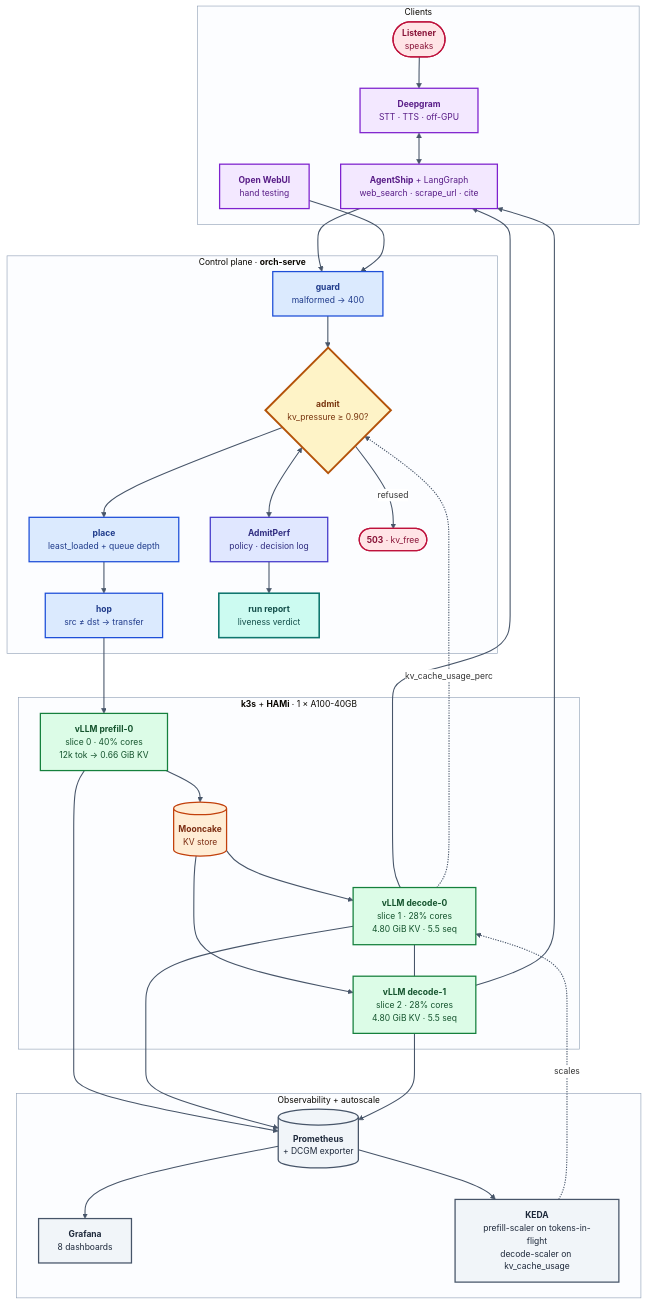
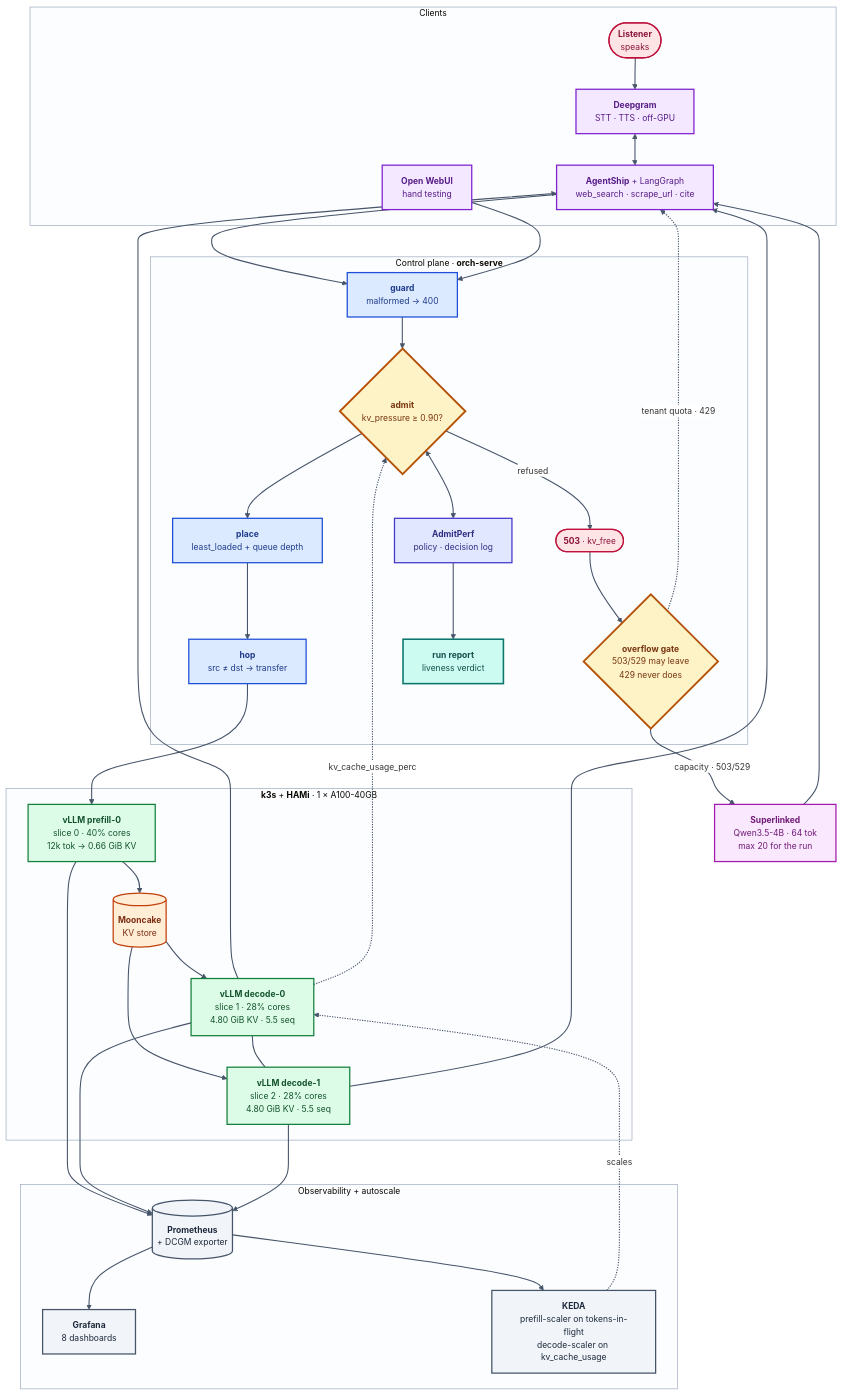
The diagram in README.md (harshuljain13/Dodona), drawn with Mermaid before and after one commit. The commit also changed other lines of this file, not shown here.

First line of the commit message:
docs: add the overflow gate and Superlinked to the diagram

````diff
--- a/README.md
+++ b/README.md
@@ -61,6 +61,7 @@
       GD --> AD --> PL --> HP
       AP["<b>AdmitPerf</b><br/>policy · decision log"]
       RF(["<b>503</b> · kv_free"])
+      OV{"<b>overflow gate</b><br/>503/529 may leave<br/>429 never does"}
       RP["<b>run report</b><br/>liveness verdict"]
     end
 
@@ -76,6 +77,8 @@
       D0 ~~~ D1
     end
 
+    SL["<b>Superlinked</b><br/>Qwen3.5-4B · 64 tok<br/>max 20 for the run"]
+
     subgraph OPS["Observability + autoscale"]
       PM[("<b>Prometheus</b><br/>+ DCGM exporter")]
       GF["<b>Grafana</b><br/>8 dashboards"]
@@ -90,6 +93,10 @@
     D0 --> AG
     D1 --> AG
     AD -->|"refused"| RF
+    RF --> OV
+    OV -->|"capacity · 503/529"| SL
+    OV -.->|"tenant quota · 429"| AG
+    SL --> AG
     AD <--> AP
     AP --> RP
     D0 -.->|"kv_cache_usage_perc"| AD
@@ -105,6 +112,8 @@
     class PF,D0,D1 engine
     class MC store
     class AP lib
+    class OV gate
+    class SL overflow
     class PM,GF,KD obs
     class RP out
 
@@ -116,6 +125,7 @@
     classDef store  fill:#ffedd5,stroke:#c2410c,stroke-width:2px,color:#7c2d12
     classDef lib    fill:#e0e7ff,stroke:#4338ca,stroke-width:2px,color:#312e81
     classDef obs    fill:#f1f5f9,stroke:#475569,stroke-width:2px,color:#1e293b
+    classDef overflow fill:#fae8ff,stroke:#a21caf,stroke-width:2px,color:#701a75
     classDef out    fill:#ccfbf1,stroke:#0f766e,stroke-width:2.5px,color:#134e4a
     linkStyle default stroke:#475569,stroke-width:1.7px
 ```
````
